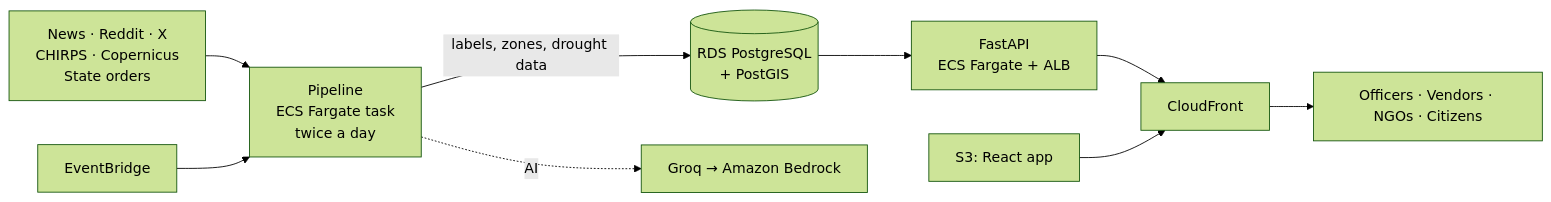
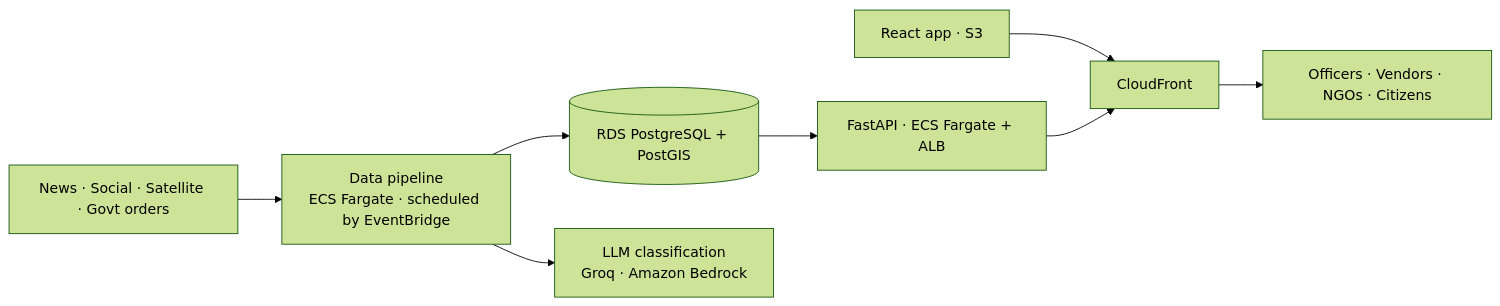
The diagram in README.md (2penguin1/jaljeevan), drawn with Mermaid (forest theme) before and after one commit. The commit also changed other lines of this file, not shown here.

````diff
--- a/README.md
+++ b/README.md
@@ -78,11 +37,10 @@
 ```mermaid
 flowchart LR
-  S[News · Reddit · X<br/>CHIRPS · Copernicus<br/>State orders] --> P[Pipeline<br/>ECS Fargate task<br/>twice a day]
-  E[EventBridge] --> P
-  P -->|labels, zones, drought data| DB[(RDS PostgreSQL<br/>+ PostGIS)]
-  P -.->|AI| AI[Groq → Amazon Bedrock]
-  DB --> API[FastAPI<br/>ECS Fargate + ALB]
-  API --> CF[CloudFront]
-  S3[S3: React app] --> CF
-  CF --> U[Officers · Vendors · NGOs · Citizens]
+  SRC[News · Social · Satellite · Govt orders] --> PIPE[Data pipeline<br/>ECS Fargate · scheduled by EventBridge]
+  PIPE --> DB[(RDS PostgreSQL + PostGIS)]
+  PIPE --> AI[LLM classification<br/>Groq · Amazon Bedrock]
+  DB --> API[FastAPI · ECS Fargate + ALB]
+  WEB[React app · S3] --> CDN[CloudFront]
+  API --> CDN
+  CDN --> USERS[Officers · Vendors · NGOs · Citizens]
 ```
````
